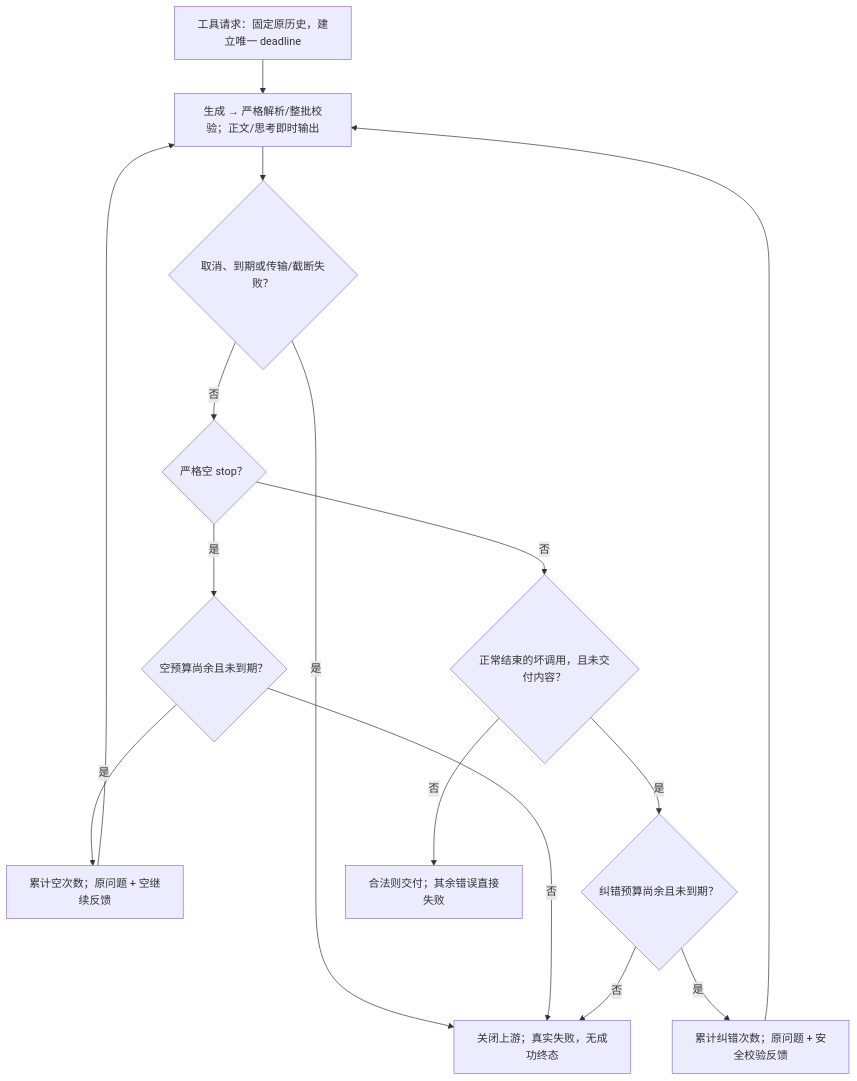
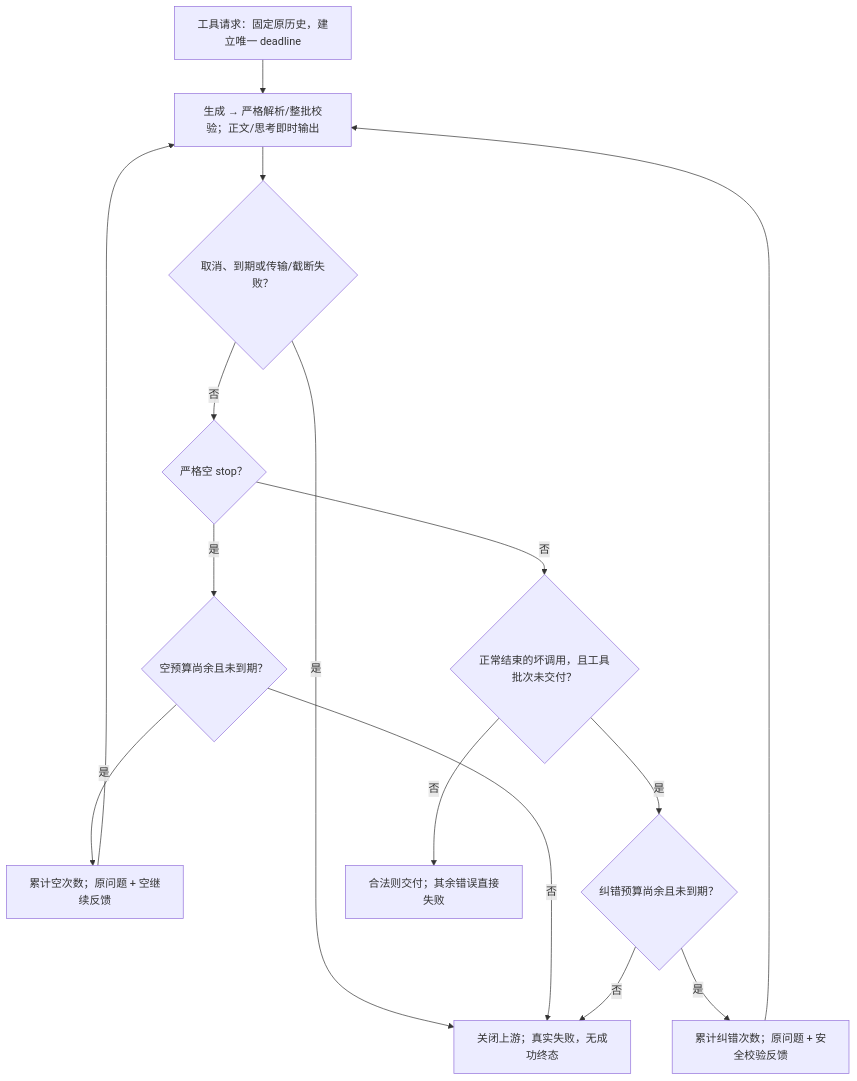
The second of 2 diagrams in docs/STAGE_NATIVE_FIRST.md (FrozenYears/shanghaitech-genai2api), drawn with Mermaid before and after one commit. The commit also changed other lines of this file and 10 other files, not shown here.

````diff
--- a/docs/STAGE_NATIVE_FIRST.md
+++ b/docs/STAGE_NATIVE_FIRST.md
@@ -100,17 +100,17 @@
 ```mermaid
 flowchart TD
     A["工具请求：固定原历史，建立唯一 deadline"] --> B["生成 → 严格解析/整批校验；正文/思考即时输出"]
     B --> C{"取消、到期或传输/截断失败？"}
     C -->|"是"| X["关闭上游；真实失败，无成功终态"]
     C -->|"否"| D{"严格空 stop？"}
     D -->|"是"| E{"空预算尚余且未到期？"}
     E -->|"是"| F["累计空次数；原问题 + 空继续反馈"]
     F --> B
     E -->|"否"| X
-    D -->|"否"| G{"正常结束的坏调用，且未交付内容？"}
+    D -->|"否"| G{"正常结束的坏调用，且工具批次未交付？"}
     G -->|"是"| H{"纠错预算尚余且未到期？"}
     H -->|"是"| I["累计纠错次数；原问题 + 安全校验反馈"]
     I --> B
     H -->|"否"| X
     G -->|"否"| J["合法则交付；其余错误直接失败"]
 ```
````
